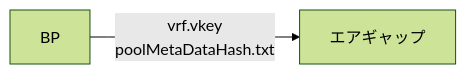
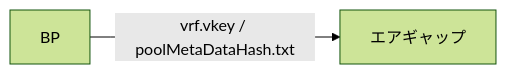
The first of 5 diagrams in docs/setup/7-register-stakepool.md (btbf/spojapanguild), drawn with Mermaid (forest theme) before and after one commit. The commit also changed other lines of this file and 6 other files, not shown here.

````diff
--- a/docs/setup/7-register-stakepool.md
+++ b/docs/setup/7-register-stakepool.md
@@ -127,4 +127,4 @@
     ``` mermaid
     graph LR
-        A[BP] -->|vrf.vkey<br>poolMetaDataHash.txt| B[エアギャップ];
+        A[BP] -->|vrf.vkey / poolMetaDataHash.txt| B[エアギャップ];
     ``` 
````
